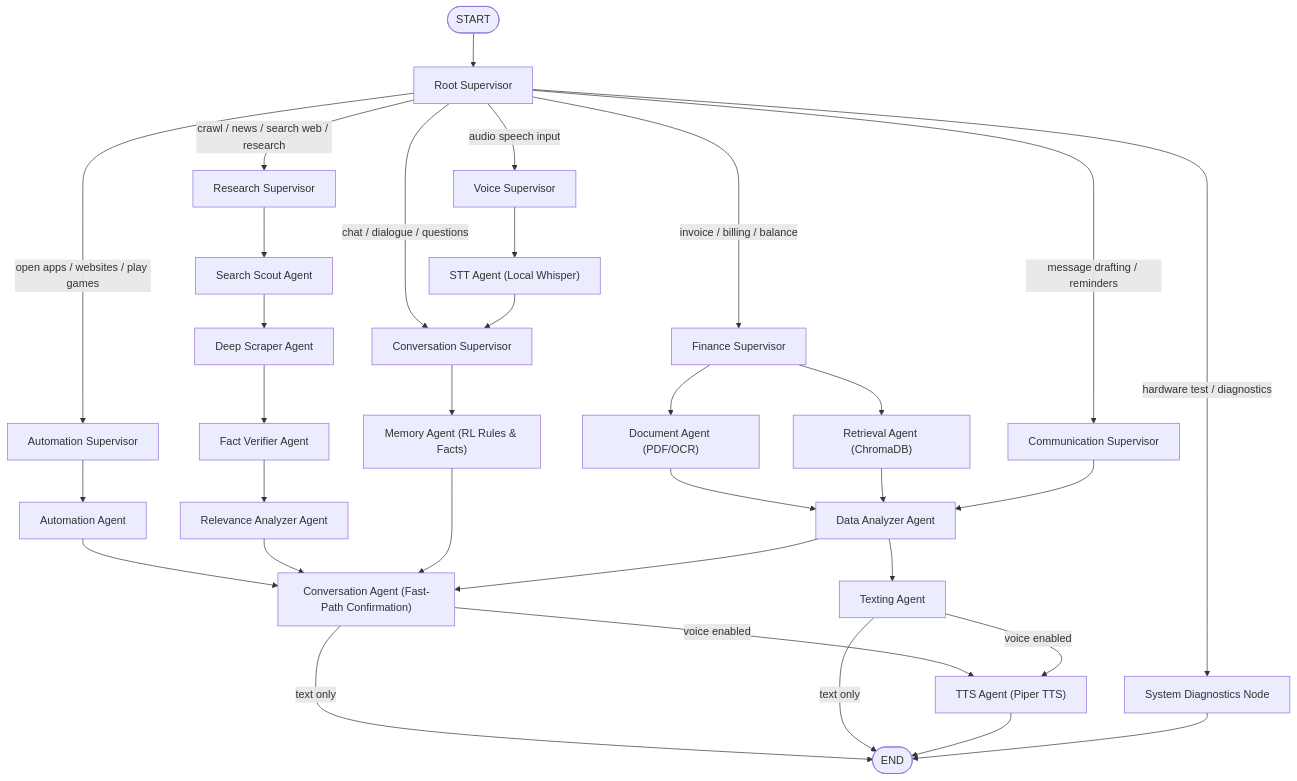
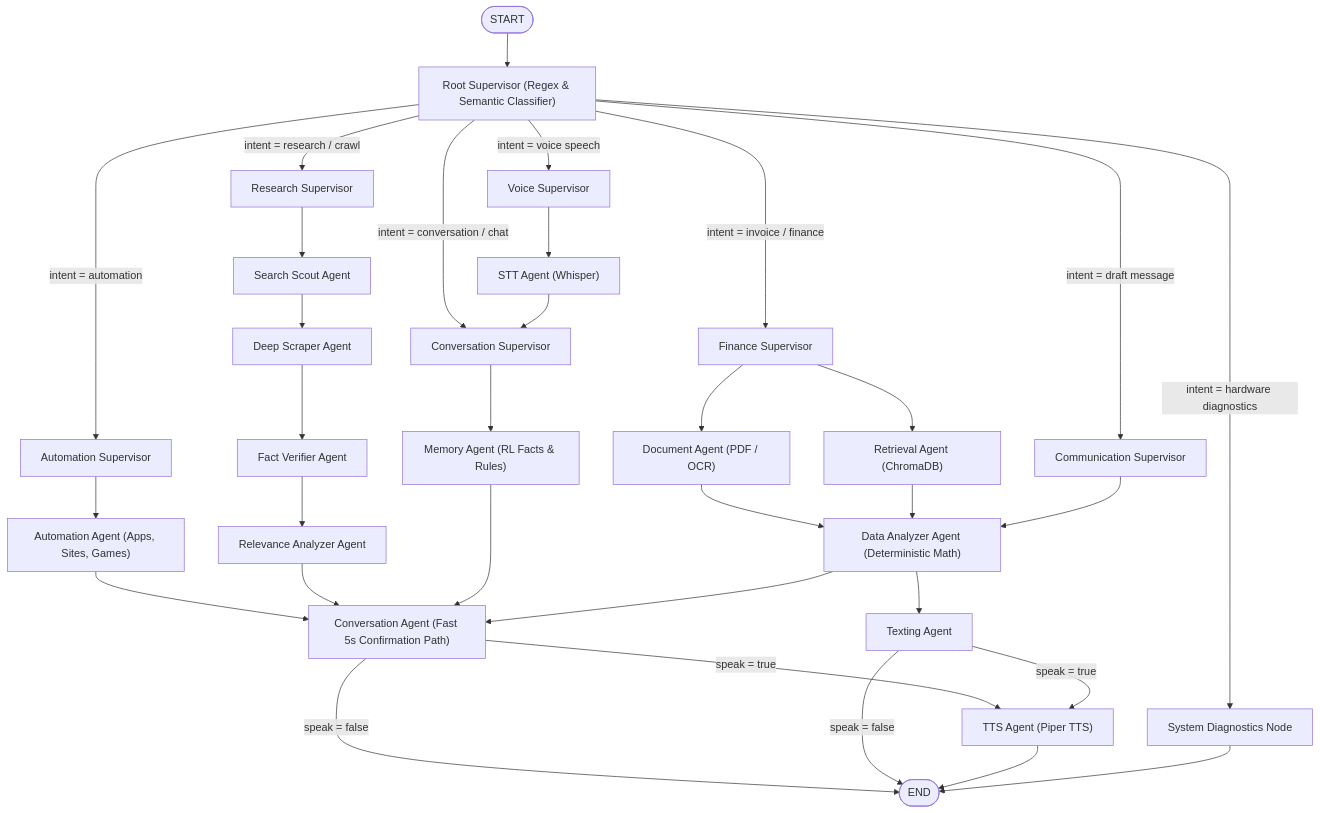
Before and after one commit to sn740698-cell/Momo_tech: the fourth of 8 diagrams in README.md, drawn with Mermaid. The commit also changed other lines of this file, not shown here.

Commit message:
docs(readme): document complete end-to-end 10-tier full-stack architecture with diagrams and sequence flow

````diff
--- a/README.md
+++ b/README.md
@@ -142,43 +287,43 @@
 ```mermaid
 flowchart TD
-    Start([START]) --> Root["Root Supervisor"]
-    
-    Root -->|chat / dialogue / questions| ConvSup["Conversation Supervisor"]
-    Root -->|open apps / websites / play games| AutoSup["Automation Supervisor"]
-    Root -->|crawl / news / search web / research| ResSup["Research Supervisor"]
-    Root -->|invoice / billing / balance| FinSup["Finance Supervisor"]
-    Root -->|message drafting / reminders| CommSup["Communication Supervisor"]
-    Root -->|audio speech input| VoxSup["Voice Supervisor"]
-    Root -->|hardware test / diagnostics| SysNode["System Diagnostics Node"]
+    Start([START]) --> Root["Root Supervisor (Regex & Semantic Classifier)"]
 
-    AutoSup --> AutoAgent["Automation Agent"]
-    AutoAgent --> ConvAgent["Conversation Agent (Fast-Path Confirmation)"]
+    Root -->|intent = automation| AutoSup["Automation Supervisor"]
+    Root -->|intent = research / crawl| ResSup["Research Supervisor"]
+    Root -->|intent = conversation / chat| ConvSup["Conversation Supervisor"]
+    Root -->|intent = invoice / finance| FinSup["Finance Supervisor"]
+    Root -->|intent = draft message| CommSup["Communication Supervisor"]
+    Root -->|intent = voice speech| VoxSup["Voice Supervisor"]
+    Root -->|intent = hardware diagnostics| SysNode["System Diagnostics Node"]
 
-    ResSup --> SearchScout["Search Scout Agent"]
-    SearchScout --> DeepScraper["Deep Scraper Agent"]
-    DeepScraper --> FactVerifier["Fact Verifier Agent"]
-    FactVerifier --> RelevanceAnalyzer["Relevance Analyzer Agent"]
-    RelevanceAnalyzer --> ConvAgent
+    AutoSup --> AutoAgent["Automation Agent (Apps, Sites, Games)"]
+    AutoAgent --> ConvAgent["Conversation Agent (Fast 5s Confirmation Path)"]
 
-    ConvSup --> MemAgent["Memory Agent (RL Rules & Facts)"]
+    ResSup --> ScoutAgent["Search Scout Agent"]
+    ScoutAgent --> ScraperAgent["Deep Scraper Agent"]
+    ScraperAgent --> VerifierAgent["Fact Verifier Agent"]
+    VerifierAgent --> RelevanceAgent["Relevance Analyzer Agent"]
+    RelevanceAgent --> ConvAgent
+
+    ConvSup --> MemAgent["Memory Agent (RL Facts & Rules)"]
     MemAgent --> ConvAgent
 
-    FinSup --> DocAgent["Document Agent (PDF/OCR)"]
+    FinSup --> DocAgent["Document Agent (PDF / OCR)"]
     FinSup --> RetAgent["Retrieval Agent (ChromaDB)"]
-    DocAgent --> DataAgent["Data Analyzer Agent"]
+    DocAgent --> DataAgent["Data Analyzer Agent (Deterministic Math)"]
     RetAgent --> DataAgent
     DataAgent --> ConvAgent
 
     CommSup --> DataAgent
     DataAgent --> TextAgent["Texting Agent"]
 
-    VoxSup --> STTAgent["STT Agent (Local Whisper)"]
+    VoxSup --> STTAgent["STT Agent (Whisper)"]
     STTAgent --> ConvSup
 
-    ConvAgent -->|voice enabled| TTSAgent["TTS Agent (Piper TTS)"]
-    ConvAgent -->|text only| End([END])
-    TextAgent -->|voice enabled| TTSAgent
-    TextAgent -->|text only| End
+    ConvAgent -->|speak = true| TTSAgent["TTS Agent (Piper TTS)"]
+    ConvAgent -->|speak = false| End([END])
+    TextAgent -->|speak = true| TTSAgent
+    TextAgent -->|speak = false| End
     TTSAgent --> End
     SysNode --> End
 ```
````
